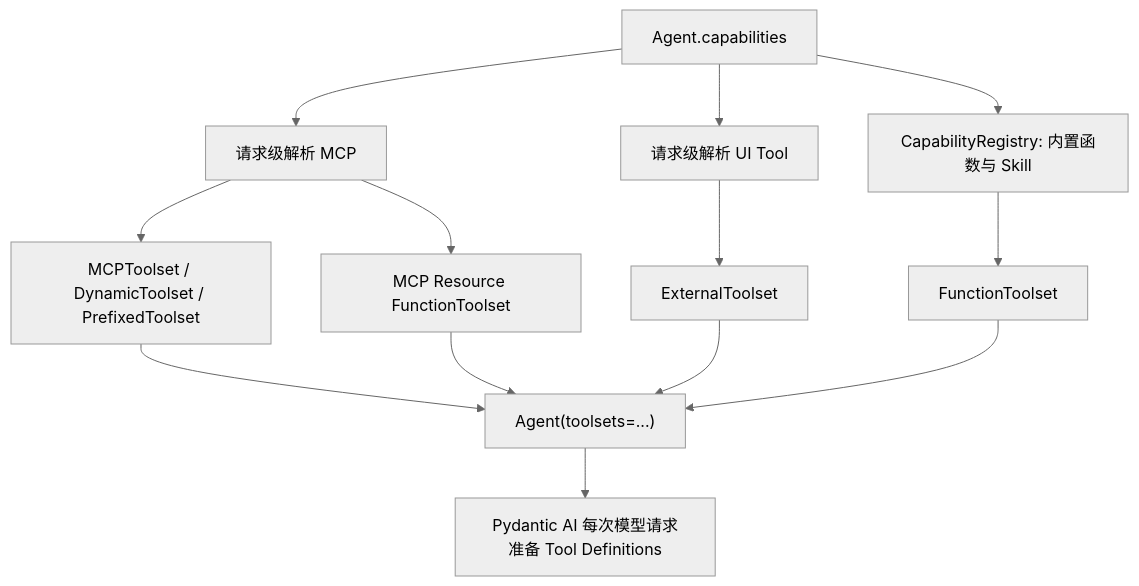
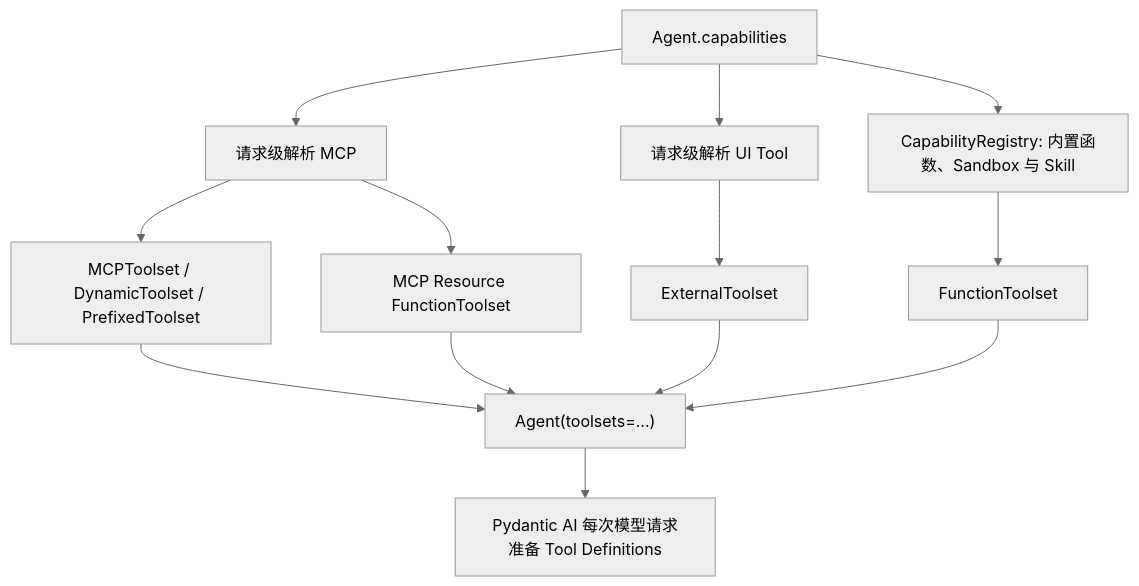
One commit to hxz1993/deep-agent changed the second of 2 diagrams in docs/design/05-tool-optimization/tool-optimization-design.md. Above: the diagram before and after it, drawn with Mermaid (neutral theme). The commit also changed other lines of this file and 23 other files, not shown here.

````diff
--- a/docs/design/05-tool-optimization/tool-optimization-design.md
+++ b/docs/design/05-tool-optimization/tool-optimization-design.md
@@ -409,15 +414,15 @@
 ```mermaid
 flowchart TD
-    A["Agent.capabilities"] --> B["CapabilityRegistry: 内置函数与 Skill"]
+    A["Agent.capabilities"] --> B["CapabilityRegistry: 内置函数、Sandbox 与 Skill"]
     A --> C["请求级解析 MCP"]
     A --> D["请求级解析 UI Tool"]
     C --> E["MCPToolset / DynamicToolset / PrefixedToolset"]
     C --> F["MCP Resource FunctionToolset"]
     D --> G["ExternalToolset"]
     B --> H["FunctionToolset"]
     E --> I["Agent(toolsets=...)"]
     F --> I
     G --> I
     H --> I
     I --> J["Pydantic AI 每次模型请求准备 Tool Definitions"]
 ```
````
